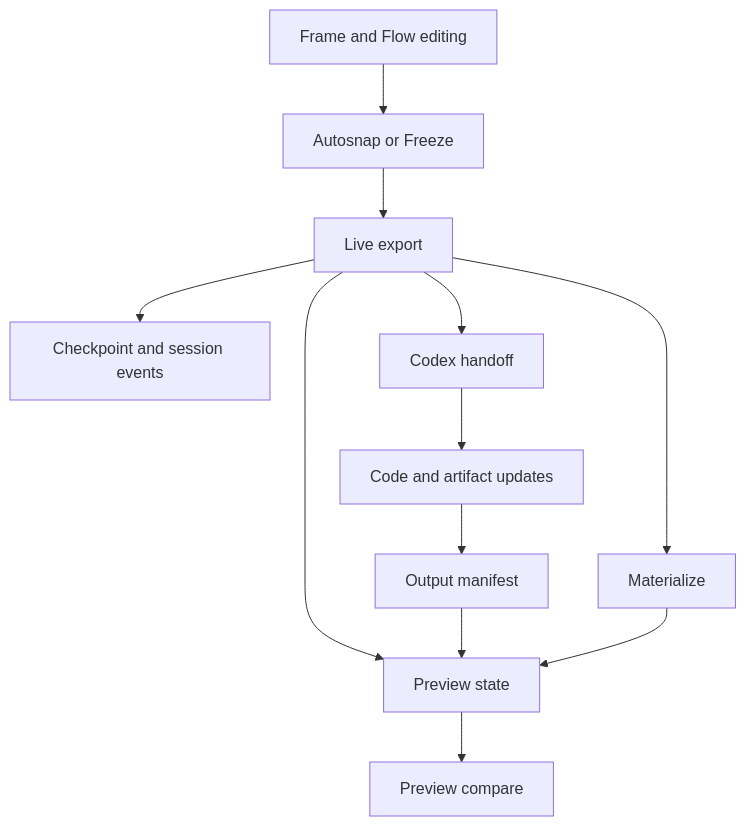
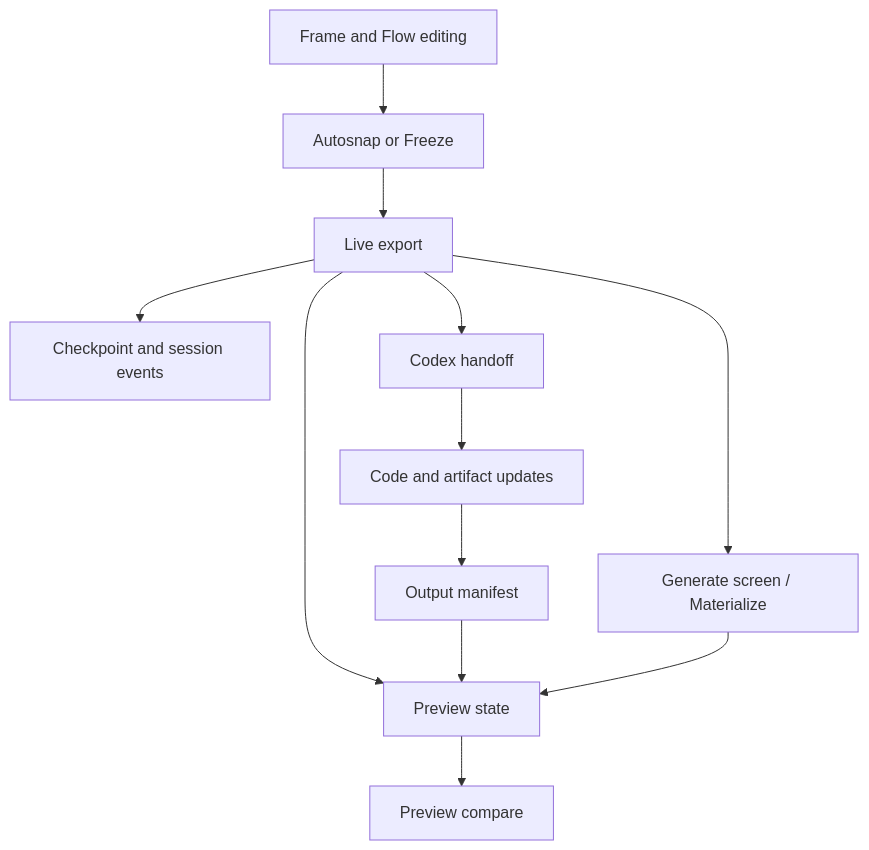
The third of 3 diagrams in README.md (varshneydevansh/Canvax), drawn with Mermaid before and after one commit. The commit also changed other lines of this file and 24 other files, not shown here.

````diff
--- a/README.md
+++ b/README.md
@@ -98,14 +128,14 @@
 ```mermaid
 flowchart TD
     A[Frame and Flow editing] --> B[Autosnap or Freeze]
     B --> C[Live export]
     C --> D[Checkpoint and session events]
     C --> E[Preview state]
     C --> F[Codex handoff]
     F --> G[Code and artifact updates]
     G --> H[Output manifest]
     H --> E
     E --> I[Preview compare]
-    C --> J[Materialize]
+    C --> J[Generate screen / Materialize]
     J --> E
 ```
````
